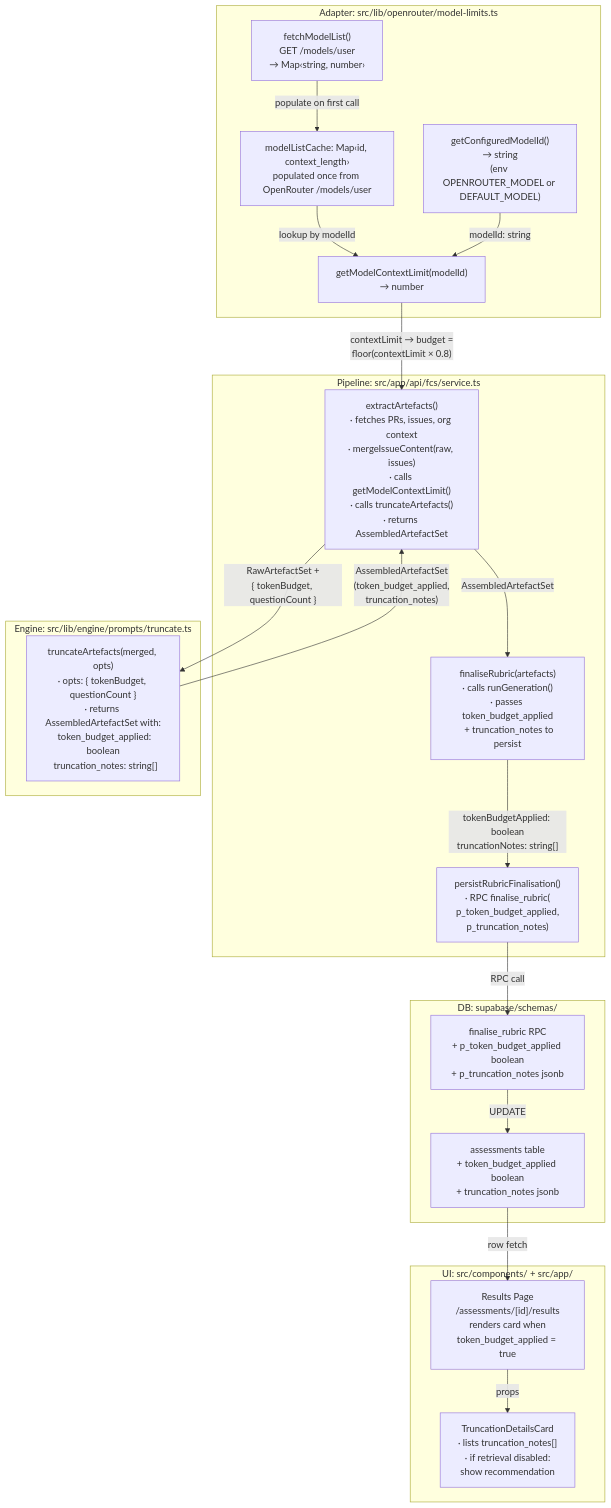
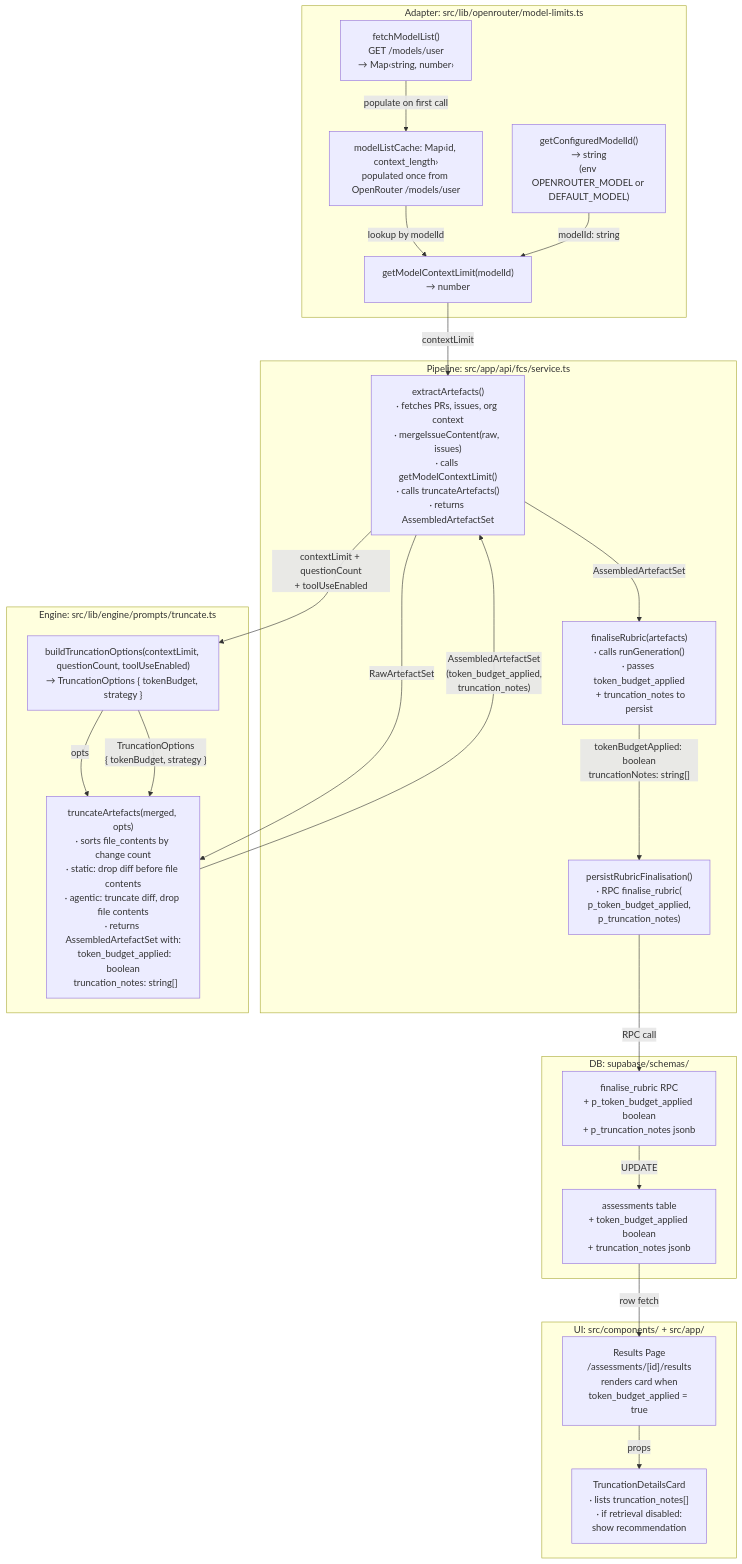
Before and after one commit to mironyx/feature-comprehension-score: the third of 3 diagrams in docs/design/lld-v5-e1-token-budget.md, drawn with Mermaid. The commit also changed other lines of this file, not shown here.

Commit message:
docs: design health patch for #329 — mode-aware truncation strategy, file importance sort, static diff drop

````diff
--- a/docs/design/lld-v5-e1-token-budget.md
+++ b/docs/design/lld-v5-e1-token-budget.md
@@ -73,42 +74,46 @@
 ```mermaid
 graph TD
     subgraph "Adapter: src/lib/openrouter/model-limits.ts"
         GCMI["getConfiguredModelId()\n→ string\n(env OPENROUTER_MODEL or DEFAULT_MODEL)"]
         GML["getModelContextLimit(modelId)\n→ number"]
         Cache["modelListCache: Map‹id, context_length›\npopulated once from OpenRouter /models/user"]
         FML["fetchModelList()\nGET /models/user\n→ Map‹string, number›"]
         FML -->|"populate on first call"| Cache
         Cache -->|"lookup by modelId"| GML
     end
 
     subgraph "Pipeline: src/app/api/fcs/service.ts"
         EA["extractArtefacts()\n· fetches PRs, issues, org context\n· mergeIssueContent(raw, issues)\n· calls getModelContextLimit()\n· calls truncateArtefacts()\n· returns AssembledArtefactSet"]
         FR["finaliseRubric(artefacts)\n· calls runGeneration()\n· passes token_budget_applied\n  + truncation_notes to persist"]
         PF["persistRubricFinalisation()\n· RPC finalise_rubric(\n    p_token_budget_applied,\n    p_truncation_notes)"]
     end
 
     subgraph "Engine: src/lib/engine/prompts/truncate.ts"
-        TA["truncateArtefacts(merged, opts)\n· opts: { tokenBudget, questionCount }\n· returns AssembledArtefactSet with:\n  token_budget_applied: boolean\n  truncation_notes: string[]"]
+        BTO["buildTruncationOptions(contextLimit, questionCount, toolUseEnabled)\n→ TruncationOptions { tokenBudget, strategy }"]
+        TA["truncateArtefacts(merged, opts)\n· sorts file_contents by change count\n· static: drop diff before file contents\n· agentic: truncate diff, drop file contents\n· returns AssembledArtefactSet with:\n  token_budget_applied: boolean\n  truncation_notes: string[]"]
+        BTO -->|"opts"| TA
     end
 
     subgraph "DB: supabase/schemas/"
         FN["finalise_rubric RPC\n+ p_token_budget_applied boolean\n+ p_truncation_notes jsonb"]
         AT["assessments table\n+ token_budget_applied boolean\n+ truncation_notes jsonb"]
     end
 
     subgraph "UI: src/components/ + src/app/"
         RP["Results Page\n/assessments/[id]/results\nrenders card when\ntoken_budget_applied = true"]
         TDC["TruncationDetailsCard\n· lists truncation_notes[]\n· if retrieval disabled:\n  show recommendation"]
     end
 
     GCMI -->|"modelId: string"| GML
-    GML -->|"contextLimit → budget =\nfloor(contextLimit × 0.8)"| EA
-    EA -->|"RawArtefactSet +\n{ tokenBudget, questionCount }"| TA
+    GML -->|"contextLimit"| EA
+    EA -->|"contextLimit + questionCount\n+ toolUseEnabled"| BTO
+    BTO -->|"TruncationOptions\n{ tokenBudget, strategy }"| TA
+    EA -->|"RawArtefactSet"| TA
     TA -->|"AssembledArtefactSet\n(token_budget_applied,\ntruncation_notes)"| EA
     EA -->|"AssembledArtefactSet"| FR
     FR -->|"tokenBudgetApplied: boolean\ntruncationNotes: string[]"| PF
     PF -->|"RPC call"| FN
     FN -->|"UPDATE"| AT
     AT -->|"row fetch"| RP
     RP -->|"props"| TDC
 ```
````
